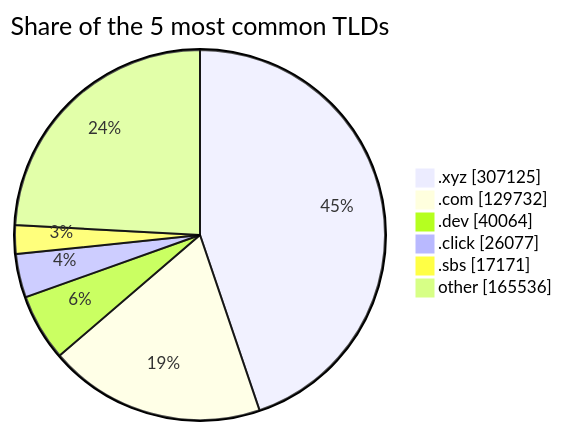
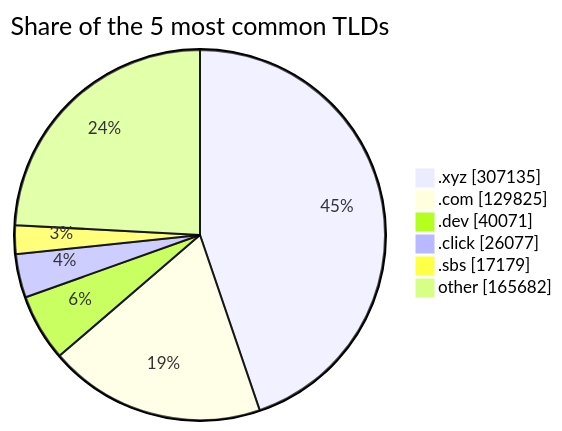
Before and after one commit to DNSBunker/CTI: the third of 3 diagrams in README.md, drawn with Mermaid. The commit also changed other lines of this file and 3 other files, not shown here.

````diff
--- a/README.md
+++ b/README.md
@@ -81,9 +81,9 @@
 ```mermaid
 pie showData title Share of the 5 most common TLDs
-    ".xyz" : 307125
-    ".com" : 129732
-    ".dev" : 40064
+    ".xyz" : 307135
+    ".com" : 129825
+    ".dev" : 40071
     ".click" : 26077
-    ".sbs" : 17171
-    "other" : 165536
+    ".sbs" : 17179
+    "other" : 165682
 ```
````
